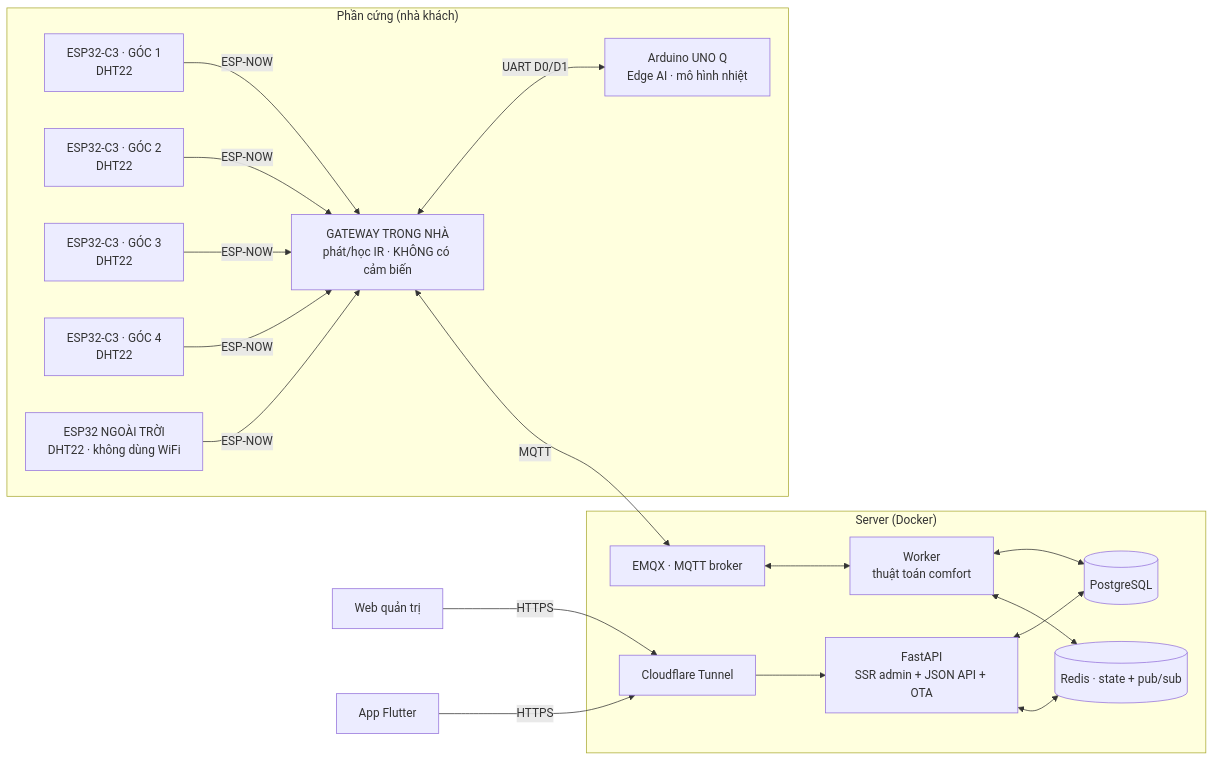
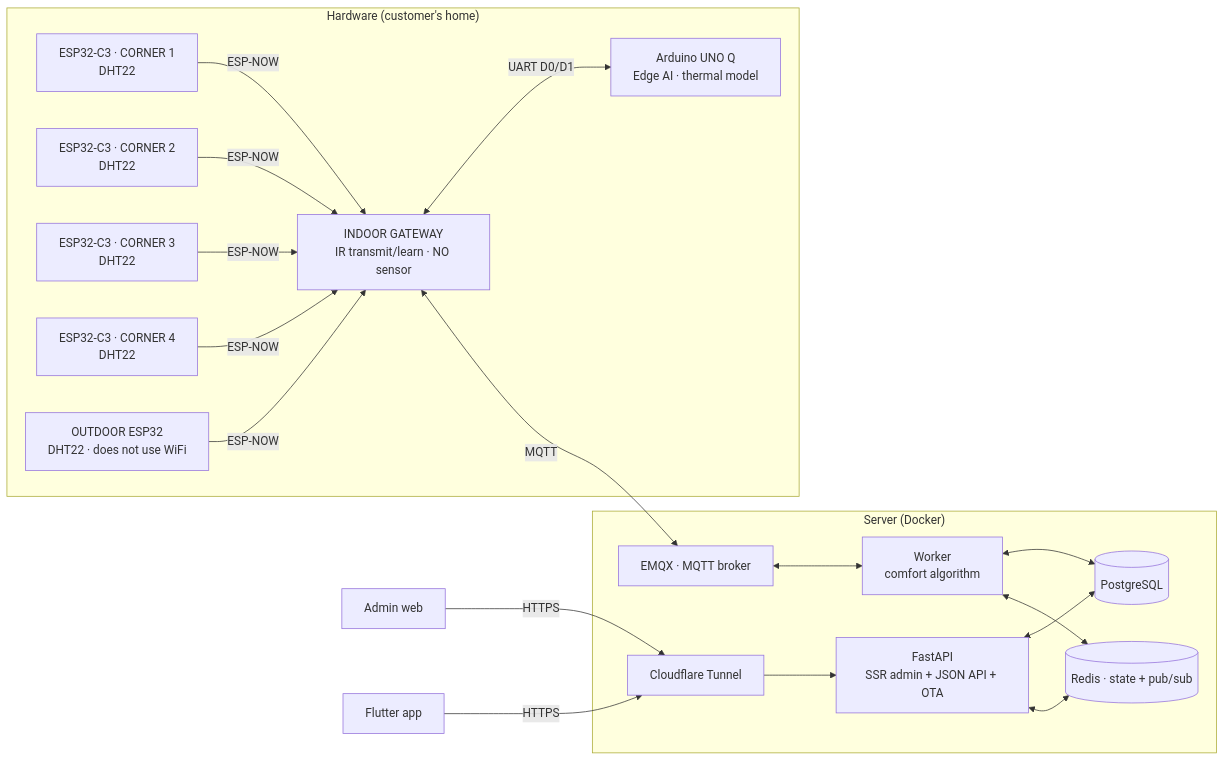
The diagram in README.md (52Ducst25/BREEZELINK), drawn with Mermaid before and after one commit. The commit also changed other lines of this file and 10 other files, not shown here.

````diff
--- a/README.md
+++ b/README.md
@@ -101,38 +107,38 @@
 ```mermaid
 flowchart LR
-  subgraph Edge["Phần cứng (nhà khách)"]
-    R0["ESP32-C3 · GÓC 1<br/>DHT22"]
-    R1["ESP32-C3 · GÓC 2<br/>DHT22"]
-    R2["ESP32-C3 · GÓC 3<br/>DHT22"]
-    R3["ESP32-C3 · GÓC 4<br/>DHT22"]
-    OUT["ESP32 NGOÀI TRỜI<br/>DHT22 · không dùng WiFi"]
-    ESP["GATEWAY TRONG NHÀ<br/>phát/học IR · KHÔNG có cảm biến"]
-    UNOQ["Arduino UNO Q<br/>Edge AI · mô hình nhiệt"]
+  subgraph Edge["Hardware (customer's home)"]
+    R0["ESP32-C3 · CORNER 1<br/>DHT22"]
+    R1["ESP32-C3 · CORNER 2<br/>DHT22"]
+    R2["ESP32-C3 · CORNER 3<br/>DHT22"]
+    R3["ESP32-C3 · CORNER 4<br/>DHT22"]
+    OUT["OUTDOOR ESP32<br/>DHT22 · does not use WiFi"]
+    ESP["INDOOR GATEWAY<br/>IR transmit/learn · NO sensor"]
+    UNOQ["Arduino UNO Q<br/>Edge AI · thermal model"]
     R0 -->|ESP-NOW| ESP
     R1 -->|ESP-NOW| ESP
     R2 -->|ESP-NOW| ESP
     R3 -->|ESP-NOW| ESP
     OUT -->|ESP-NOW| ESP
     ESP <-->|UART D0/D1| UNOQ
   end
 
   subgraph Cloud["Server (Docker)"]
     MQTT["EMQX · MQTT broker"]
     API["FastAPI<br/>SSR admin + JSON API + OTA"]
-    WK["Worker<br/>thuật toán comfort"]
+    WK["Worker<br/>comfort algorithm"]
     PG[("PostgreSQL")]
     RD[("Redis · state + pub/sub")]
     CF["Cloudflare Tunnel"]
   end
 
   ESP <-->|MQTT| MQTT
   MQTT <--> WK
   WK <--> PG
   WK <--> RD
   API <--> PG
   API <--> RD
   CF --> API
 
-  WEB["Web quản trị"] -->|HTTPS| CF
-  APP["App Flutter"] -->|HTTPS| CF
+  WEB["Admin web"] -->|HTTPS| CF
+  APP["Flutter app"] -->|HTTPS| CF
 ```
````
